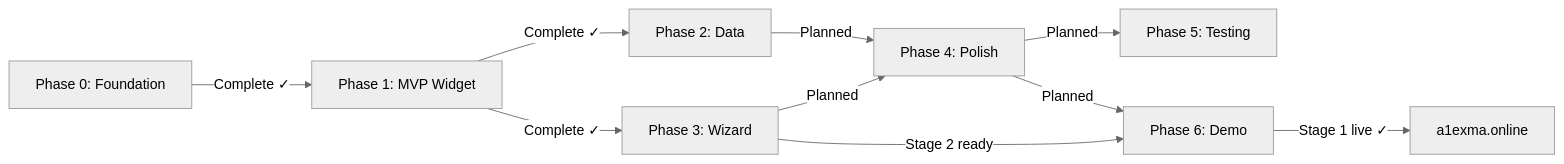
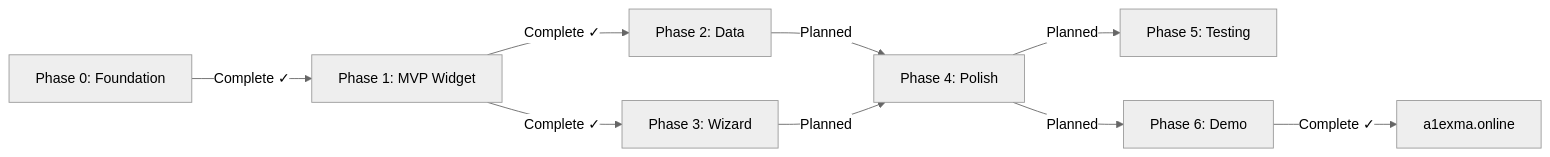
One commit to A1eksMa/four-t changed the diagram in docs/proposals/epic-1-four-t-initial-release/progress.md. Above: the diagram before and after it, drawn with Mermaid (neutral theme). The commit also changed other lines of this file and 2 other files, not shown here.

First line of the commit message:
docs(issue-8): add Stage 3 progress report, close issue — demo live on VPS

````diff
--- a/docs/proposals/epic-1-four-t-initial-release/progress.md
+++ b/docs/proposals/epic-1-four-t-initial-release/progress.md
@@ -5,12 +5,11 @@
 ```mermaid
 graph LR
     P0[Phase 0: Foundation] -->|Complete ✓| P1[Phase 1: MVP Widget]
     P1 -->|Complete ✓| P2[Phase 2: Data]
     P1 -->|Complete ✓| P3[Phase 3: Wizard]
     P2 -->|Planned| P4[Phase 4: Polish]
     P3 -->|Planned| P4
     P4 -->|Planned| P5[Phase 5: Testing]
     P4 -->|Planned| P6[Phase 6: Demo]
-    P6 -->|Stage 1 live ✓| LIVE[a1exma.online]
-    P3 -->|Stage 2 ready| P6
+    P6 -->|Complete ✓| LIVE[a1exma.online]
 ```
````
